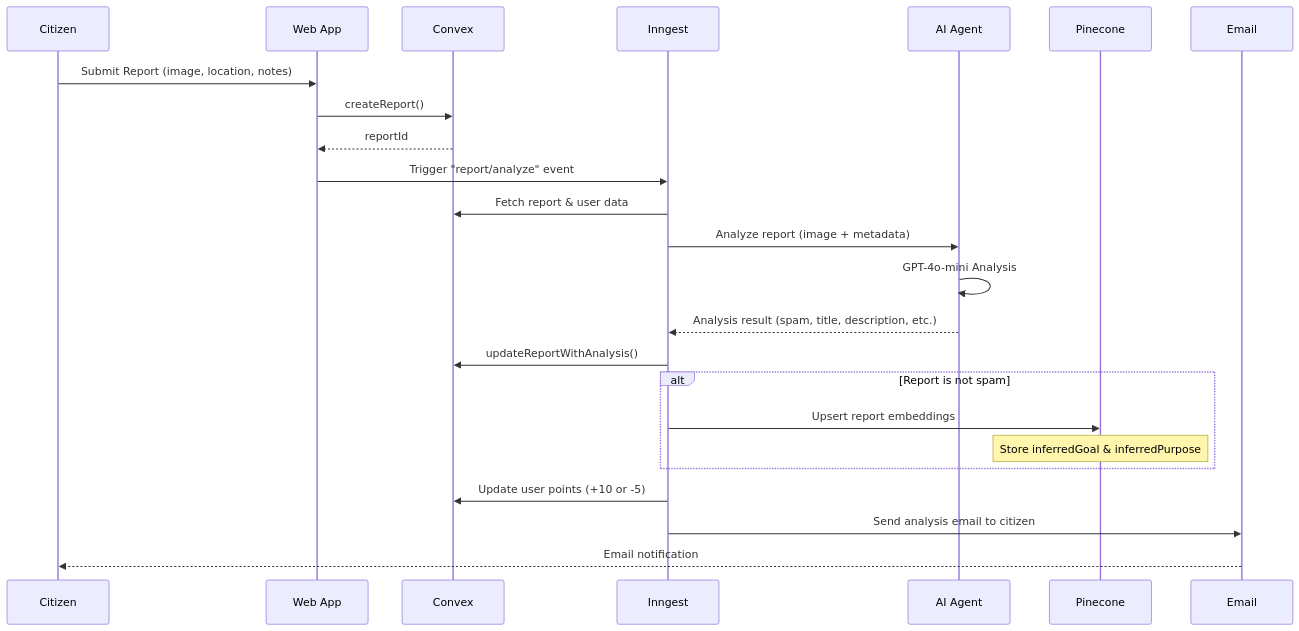
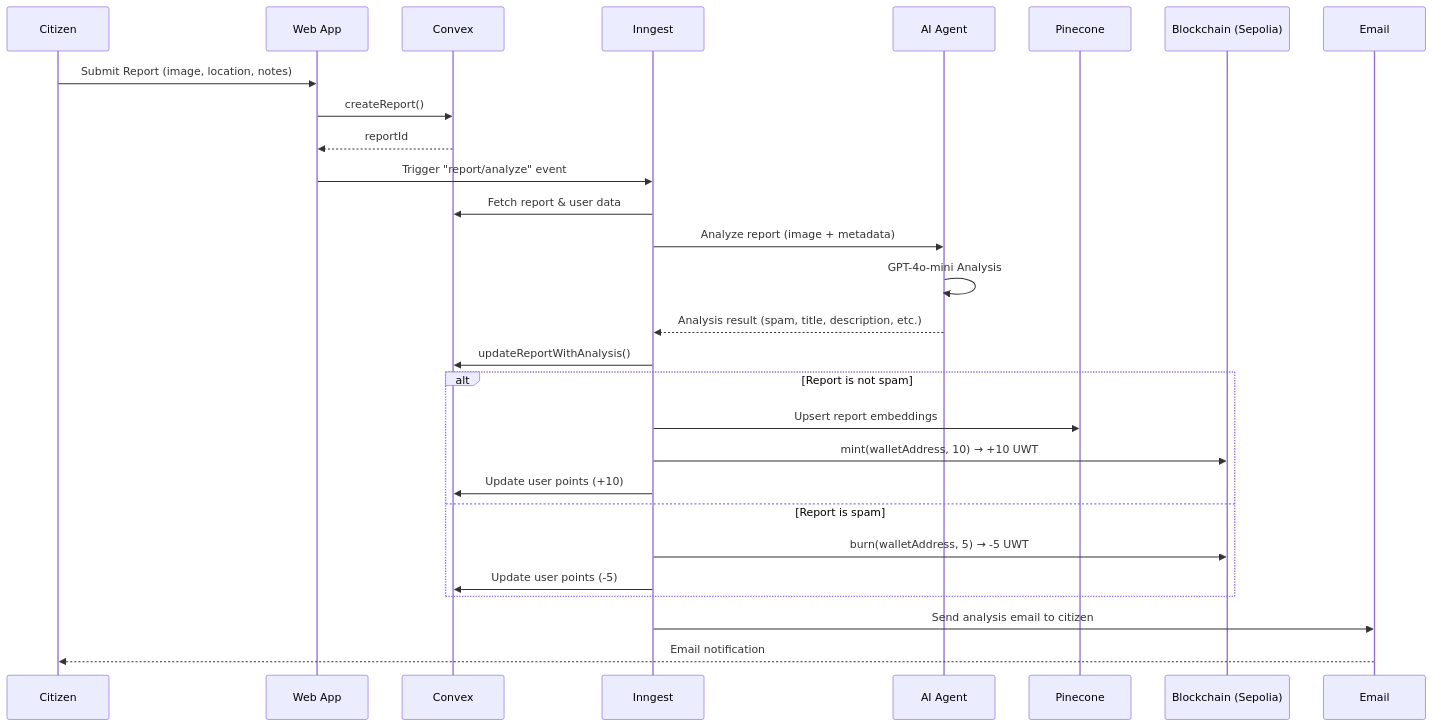
One commit to nilavtalukdar06/urban-watch changed the second of 7 diagrams in README.md. Above: the diagram before and after it, drawn with Mermaid. The commit also changed other lines of this file and 1 other file, not shown here.

````diff
--- a/README.md
+++ b/README.md
@@ -212,27 +230,31 @@
 ```mermaid
 sequenceDiagram
     participant C as Citizen
     participant W as Web App
     participant Cx as Convex
     participant I as Inngest
     participant AI as AI Agent
     participant P as Pinecone
+    participant BC as Blockchain (Sepolia)
     participant E as Email
 
     C->>W: Submit Report (image, location, notes)
     W->>Cx: createReport()
     Cx-->>W: reportId
     W->>I: Trigger "report/analyze" event
     I->>Cx: Fetch report & user data
     I->>AI: Analyze report (image + metadata)
     AI->>AI: GPT-4o-mini Analysis
     AI-->>I: Analysis result (spam, title, description, etc.)
     I->>Cx: updateReportWithAnalysis()
     alt Report is not spam
         I->>P: Upsert report embeddings
-        Note over P: Store inferredGoal & inferredPurpose
+        I->>BC: mint(walletAddress, 10) → +10 UWT
+        I->>Cx: Update user points (+10)
+    else Report is spam
+        I->>BC: burn(walletAddress, 5) → -5 UWT
+        I->>Cx: Update user points (-5)
     end
-    I->>Cx: Update user points (+10 or -5)
     I->>E: Send analysis email to citizen
     E-->>C: Email notification
 ```
````
